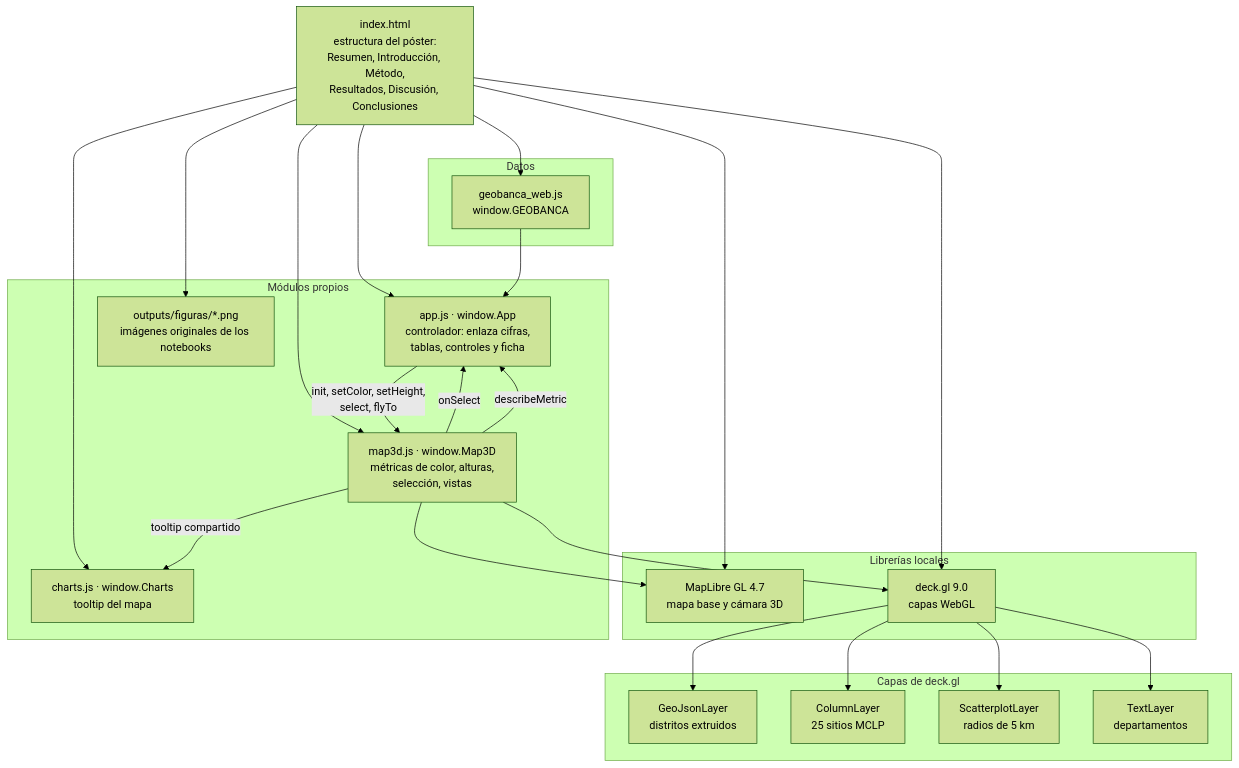
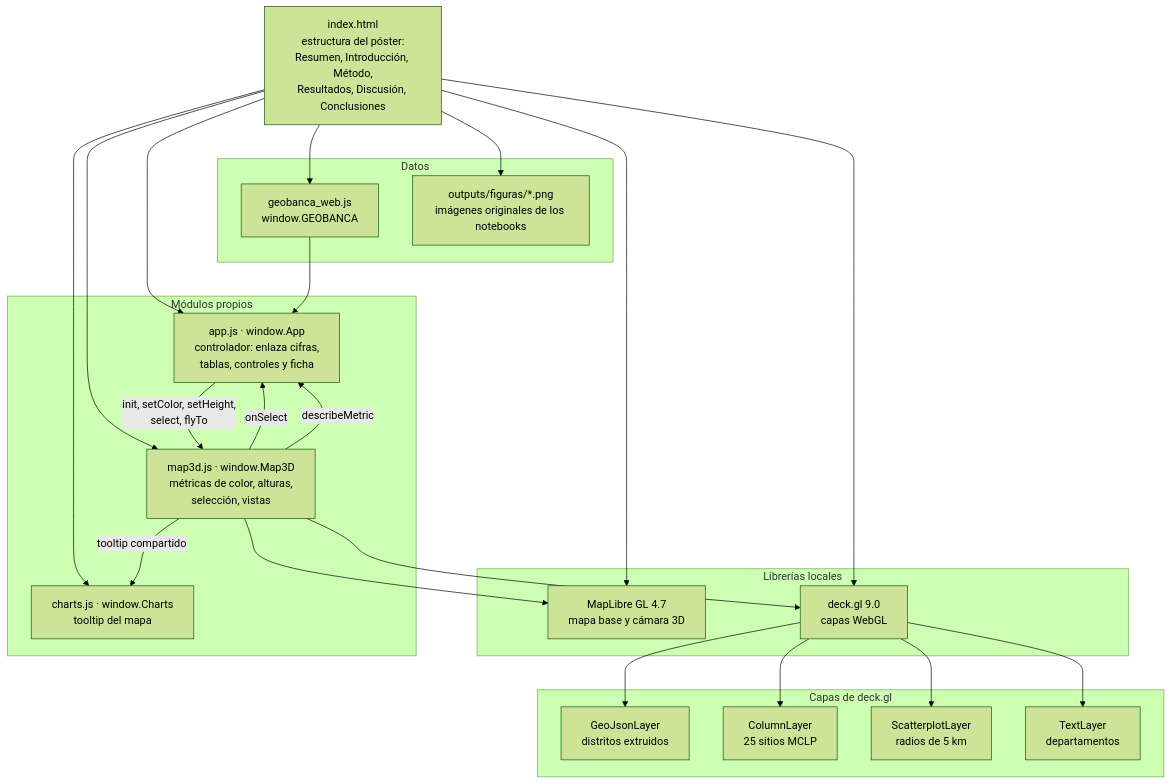
One commit to wilder14-eslu/geobanca-norte-peru changed the fifth of 8 diagrams in README.md. Above: the diagram before and after it, drawn with Mermaid (forest theme). The commit also changed other lines of this file, not shown here.

Commit message:
docs: actualizar README con figuras y reproduccion del proyecto

````diff
--- a/README.md
+++ b/README.md
@@ -348,37 +434,37 @@
 ```mermaid
 flowchart TB
     HTML["index.html<br/>estructura del póster:<br/>Resumen, Introducción, Método,<br/>Resultados, Discusión, Conclusiones"]
 
     subgraph Datos
         GB["geobanca_web.js<br/>window.GEOBANCA"]
+        FIG["outputs/figuras/*.png<br/>imágenes originales de los notebooks"]
     end
 
     subgraph Librerias["Librerías locales"]
         ML["MapLibre GL 4.7<br/>mapa base y cámara 3D"]
         DK["deck.gl 9.0<br/>capas WebGL"]
     end
 
     subgraph Modulos["Módulos propios"]
         APP["app.js · window.App<br/>controlador: enlaza cifras,<br/>tablas, controles y ficha"]
         MAP["map3d.js · window.Map3D<br/>métricas de color, alturas,<br/>selección, vistas"]
         CH["charts.js · window.Charts<br/>tooltip del mapa"]
-        FIG["outputs/figuras/*.png<br/>imágenes originales de los notebooks"]
     end
 
     subgraph Capas["Capas de deck.gl"]
         L1["GeoJsonLayer<br/>distritos extruidos"]
         L2["ColumnLayer<br/>25 sitios MCLP"]
         L3["ScatterplotLayer<br/>radios de 5 km"]
         L4["TextLayer<br/>departamentos"]
     end
 
     HTML --> GB & ML & DK & CH & MAP & APP
     GB --> APP
     APP -->|init, setColor, setHeight,<br/>select, flyTo| MAP
     HTML --> FIG
     MAP -->|onSelect| APP
     MAP -->|describeMetric| APP
     MAP --> ML
     MAP --> DK --> L1 & L2 & L3 & L4
     MAP -->|tooltip compartido| CH
 ```
````
